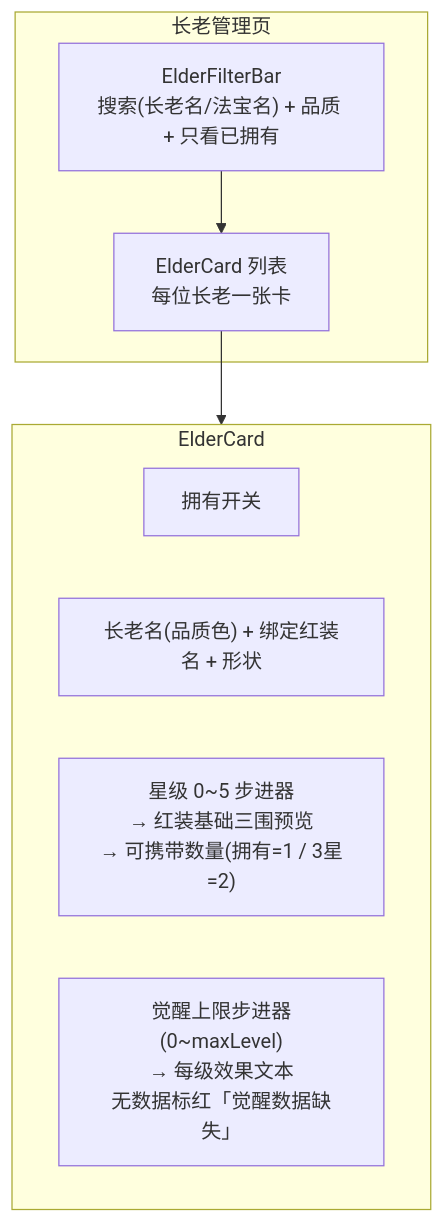
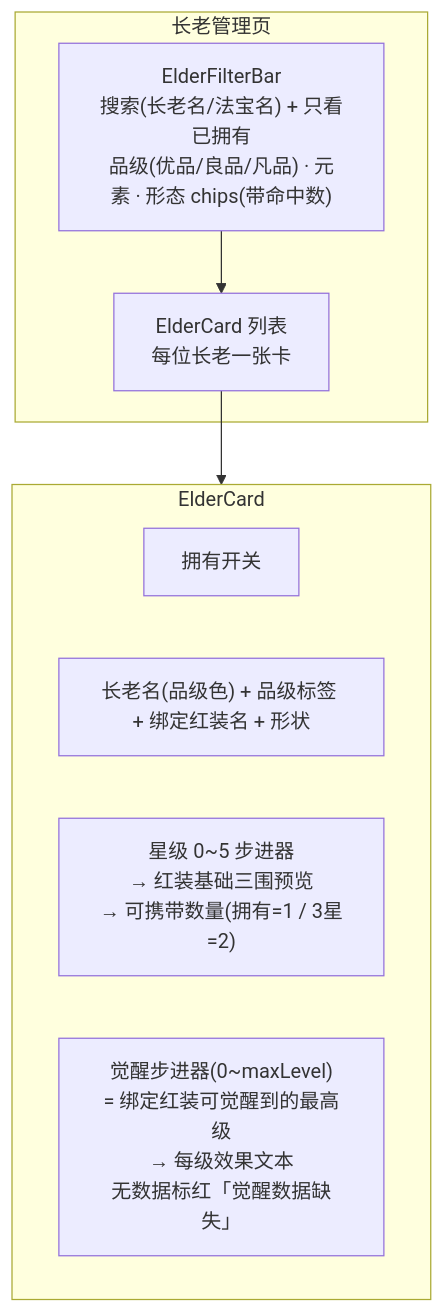
One commit to ashulin/laozu-solver changed diagram 12 of 16 in docs/architecture.md. Above: the diagram before and after it, drawn with Mermaid. The commit also changed other lines of this file and 20 other files, not shown here.

````diff
--- a/docs/architecture.md
+++ b/docs/architecture.md
@@ -680,14 +681,14 @@
 ```mermaid
 graph TD
     subgraph EldersView["长老管理页"]
-        L0["ElderFilterBar<br/>搜索(长老名/法宝名) + 品质 + 只看已拥有"]
+        L0["ElderFilterBar<br/>搜索(长老名/法宝名) + 只看已拥有<br/>品级(优品/良品/凡品) · 元素 · 形态 chips(带命中数)"]
         L1["ElderCard 列表<br/>每位长老一张卡"]
     end
     subgraph Card["ElderCard"]
         C0["拥有开关"]
-        C1["长老名(品质色) + 绑定红装名 + 形状"]
+        C1["长老名(品级色) + 品级标签 + 绑定红装名 + 形状"]
         C2["星级 0~5 步进器<br/>→ 红装基础三围预览<br/>→ 可携带数量(拥有=1 / 3星=2)"]
-        C3["觉醒上限步进器(0~maxLevel)<br/>→ 每级效果文本<br/>无数据标红「觉醒数据缺失」"]
+        C3["觉醒步进器(0~maxLevel)<br/>= 绑定红装可觉醒到的最高级<br/>→ 每级效果文本<br/>无数据标红「觉醒数据缺失」"]
     end
     L0 --> L1 --> Card
 ```
````
